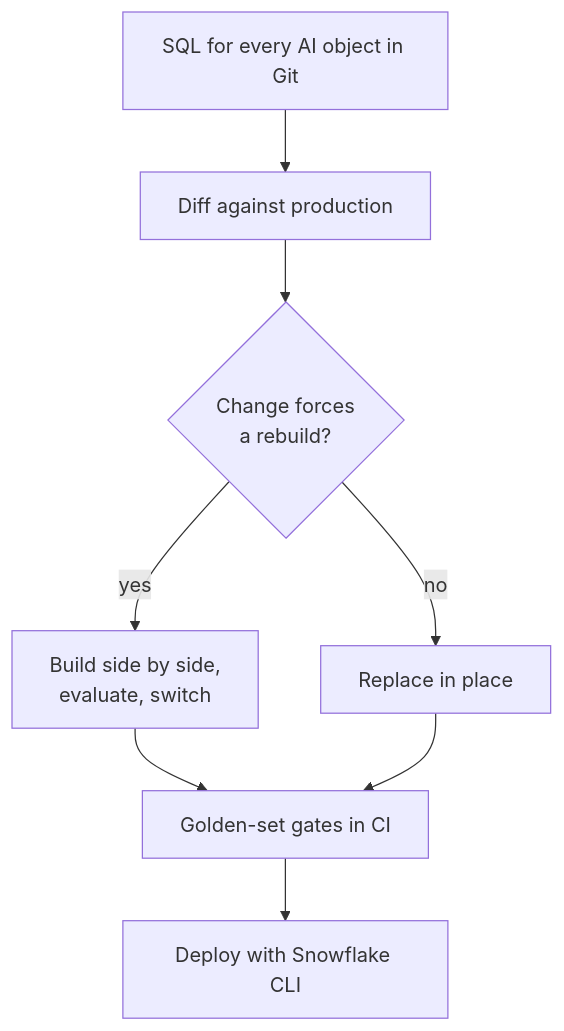
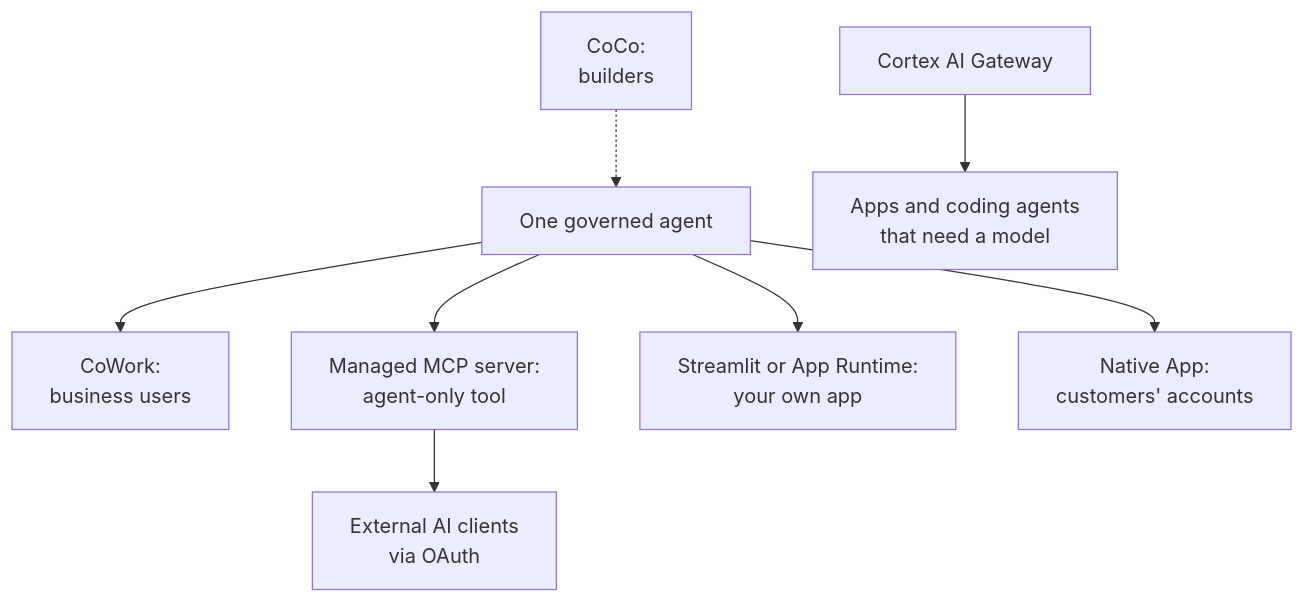
The diagram in data/diagrams/a3319.mmd (Abhi4972/AI-From-Zero-to-Hero), drawn with Mermaid before and after one commit. The commit also changed 74 other files, not shown here.

```diff
--- a/data/diagrams/a3319.mmd
+++ b/data/diagrams/a3319.mmd
@@ -1,9 +1,9 @@
-%% after: The repository
+%% after: The doors at a glance
 flowchart TD
-  GIT["SQL for every AI object in Git"] --> DIFF["Diff against production"]
-  DIFF --> KIND{"Change forces<br/>a rebuild?"}
-  KIND -->|"yes"| SBS["Build side by side,<br/>evaluate, switch"]
-  KIND -->|"no"| REP["Replace in place"]
-  SBS --> GATE["Golden-set gates in CI"]
-  REP --> GATE
-  GATE --> PRD["Deploy with Snowflake CLI"]
+  AG["One governed agent"] --> CW["CoWork:<br/>business users"]
+  AG --> MCP["Managed MCP server:<br/>agent-only tool"]
+  AG --> APP["Streamlit or App Runtime:<br/>your own app"]
+  AG --> NA["Native App:<br/>customers' accounts"]
+  MCP --> EXT["External AI clients<br/>via OAuth"]
+  CC["CoCo:<br/>builders"] -.-> AG
+  GW["Cortex AI Gateway"] --> MOD["Apps and coding agents<br/>that need a model"]
```
